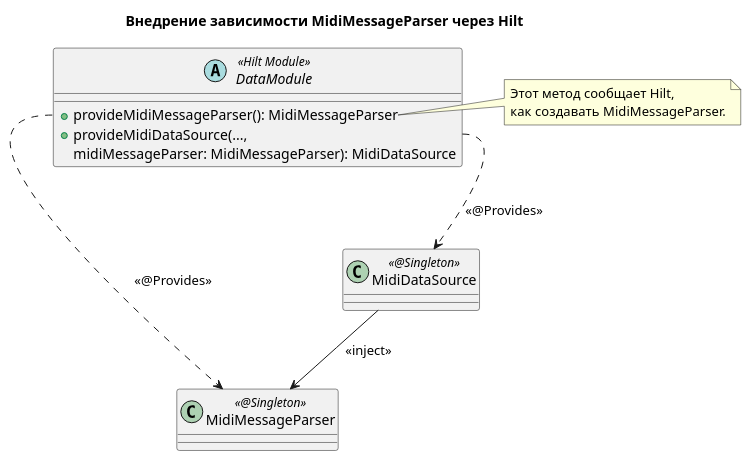
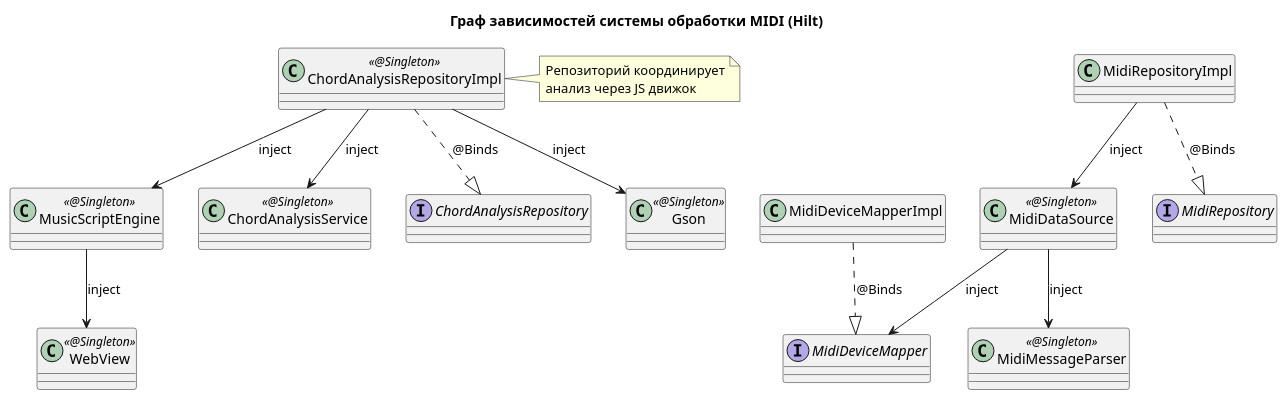
Before and after one commit to astrizhachuk/PianoFlow: the fourth of 9 diagrams in docs/ru/ts/MIDI_MESSAGE_PROCESSING.md, drawn with PlantUML. The commit also changed other lines of this file and 47 other files, not shown here.

````diff
--- a/docs/ru/ts/MIDI_MESSAGE_PROCESSING.md
+++ b/docs/ru/ts/MIDI_MESSAGE_PROCESSING.md
@@ -181,25 +288,40 @@
 ```plantuml
 @startuml
-title Внедрение зависимости MidiMessageParser через Hilt
+title Граф зависимостей системы обработки MIDI (Hilt)
 
 class MidiMessageParser <<@Singleton>>
+class MusicScriptEngine <<@Singleton>>
+class ChordAnalysisService <<@Singleton>>
 class MidiDataSource <<@Singleton>>
+class MidiRepositoryImpl
+class ChordAnalysisRepositoryImpl <<@Singleton>>
+interface MidiRepository
+interface ChordAnalysisRepository
+interface MidiDeviceMapper
+class MidiDeviceMapperImpl
+class Gson <<@Singleton>>
+class WebView <<@Singleton>>
 
-abstract class DataModule <<Hilt Module>> {
-  +provideMidiMessageParser(): MidiMessageParser
-  +provideMidiDataSource(...,
-  midiMessageParser: MidiMessageParser): MidiDataSource
-}
+' Репозитории и их реализации (Binds)
+MidiRepositoryImpl ..|> MidiRepository : @Binds
+ChordAnalysisRepositoryImpl ..|> ChordAnalysisRepository : @Binds
+MidiDeviceMapperImpl ..|> MidiDeviceMapper : @Binds
 
-note right of DataModule::provideMidiMessageParser
-  Этот метод сообщает Hilt,
-  как создавать MidiMessageParser.
+' Зависимости репозиториев
+MidiRepositoryImpl --> MidiDataSource : inject
+ChordAnalysisRepositoryImpl --> MusicScriptEngine : inject
+ChordAnalysisRepositoryImpl --> ChordAnalysisService : inject
+ChordAnalysisRepositoryImpl --> Gson : inject
+
+' Источники данных и движки
+MidiDataSource --> MidiMessageParser : inject
+MidiDataSource --> MidiDeviceMapper : inject
+MusicScriptEngine --> WebView : inject
+
+note right of ChordAnalysisRepositoryImpl
+  Репозиторий координирует
+  анализ через JS движок
 end note
-
-' Зависимости
-DataModule::provideMidiMessageParser ..> MidiMessageParser : <<@Provides>>
-DataModule::provideMidiDataSource ..> MidiDataSource : <<@Provides>>
-MidiDataSource --> MidiMessageParser : <<inject>>
 
 @enduml
 ```
````
